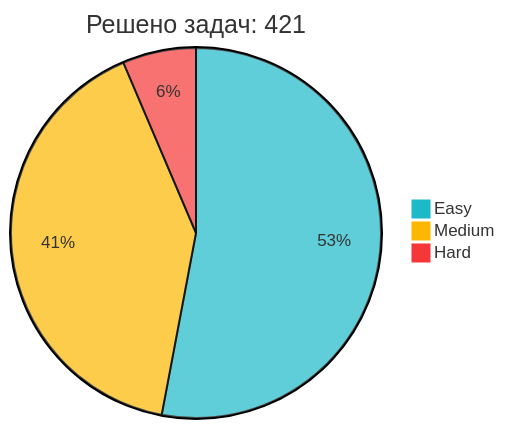
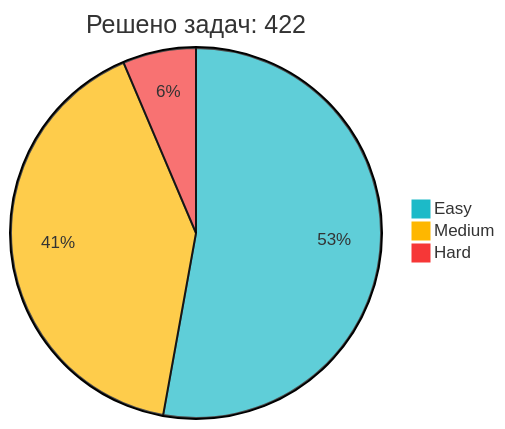
The diagram in README.md (IliaKurdukov/IliaKurdukov), drawn with Mermaid before and after one commit. The commit also changed other lines of this file, not shown here.

Commit message:
📈 Обновление статистики LeetCode

````diff
--- a/README.md
+++ b/README.md
@@ -51,7 +51,7 @@
 ```mermaid
 %%{init: {'theme': 'base', 'themeVariables': { 'pie1': '#1CBAC8', 'pie2': '#FEB700', 'pie3': '#F63737' }, 'config': {'width': 300, 'height': 200}}}%%
-pie title Решено задач: 421
+pie title Решено задач: 422
    "Easy" : 223
-   "Medium" : 171
+   "Medium" : 172
    "Hard" : 27
 ```
````
